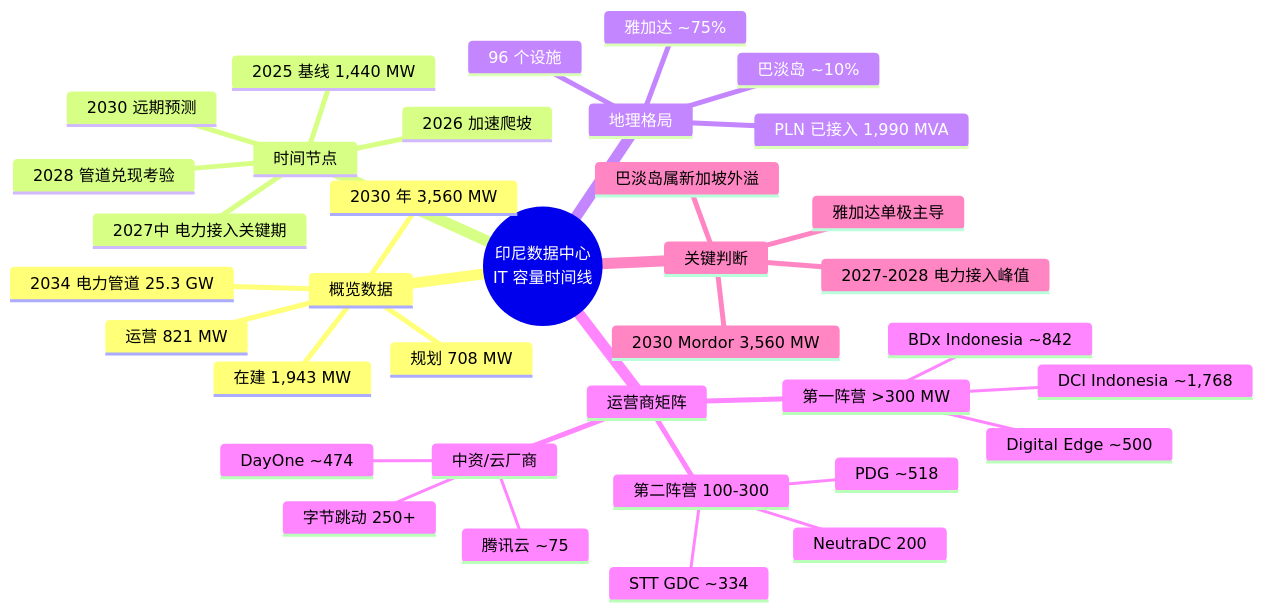
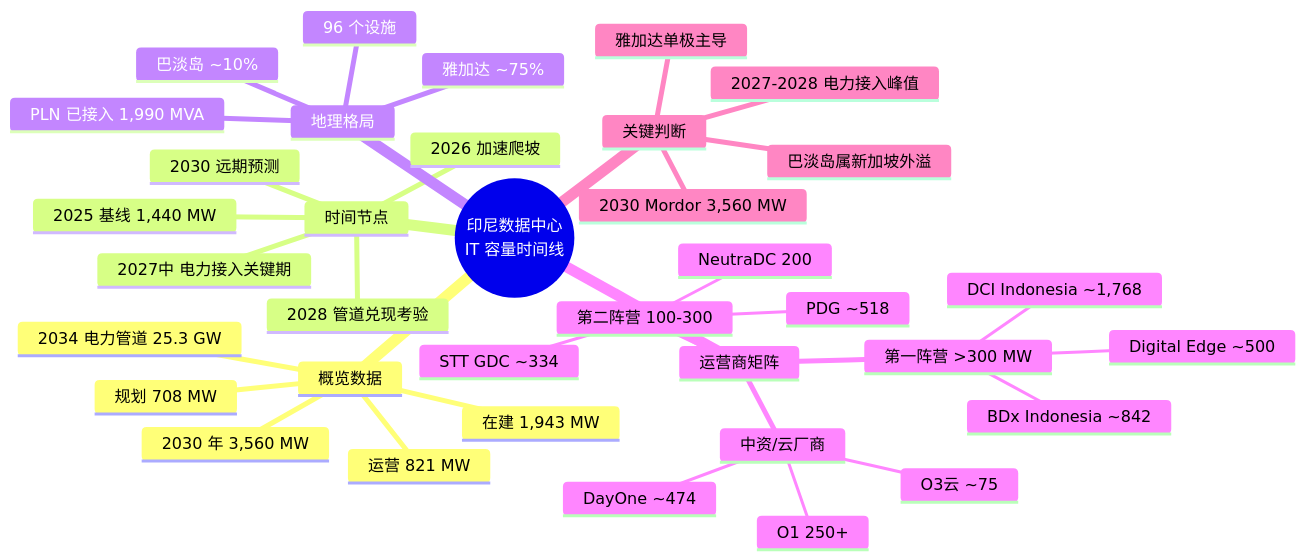
The diagram in content/zh/posts/indonesia-idc-timeline-2025-2030.md (liweicong2016-collab/tech-blog), drawn with Mermaid before and after one commit. The commit also changed other lines of this file and 17 other files, not shown here.

````diff
--- a/content/zh/posts/indonesia-idc-timeline-2025-2030.md
+++ b/content/zh/posts/indonesia-idc-timeline-2025-2030.md
@@ -17,39 +17,39 @@
 ```mermaid
 mindmap
   root((印尼数据中心<br/>IT 容量时间线))
     概览数据
       运营 821 MW
       在建 1,943 MW
       规划 708 MW
       2030 年 3,560 MW
       2034 电力管道 25.3 GW
     时间节点
       2025 基线 1,440 MW
       2026 加速爬坡
       2027中 电力接入关键期
       2028 管道兑现考验
       2030 远期预测
     地理格局
       雅加达 ~75%
       巴淡岛 ~10%
       96 个设施
       PLN 已接入 1,990 MVA
     运营商矩阵
       第一阵营 >300 MW
         DCI Indonesia ~1,768
         BDx Indonesia ~842
         Digital Edge ~500
       第二阵营 100-300
         PDG ~518
         STT GDC ~334
         NeutraDC 200
       中资/云厂商
-        字节跳动 250+
-        腾讯云 ~75
+        O1 250+
+        O3云 ~75
         DayOne ~474
     关键判断
       雅加达单极主导
       巴淡岛属新加坡外溢
       2027-2028 电力接入峰值
       2030 Mordor 3,560 MW
 ```
````
